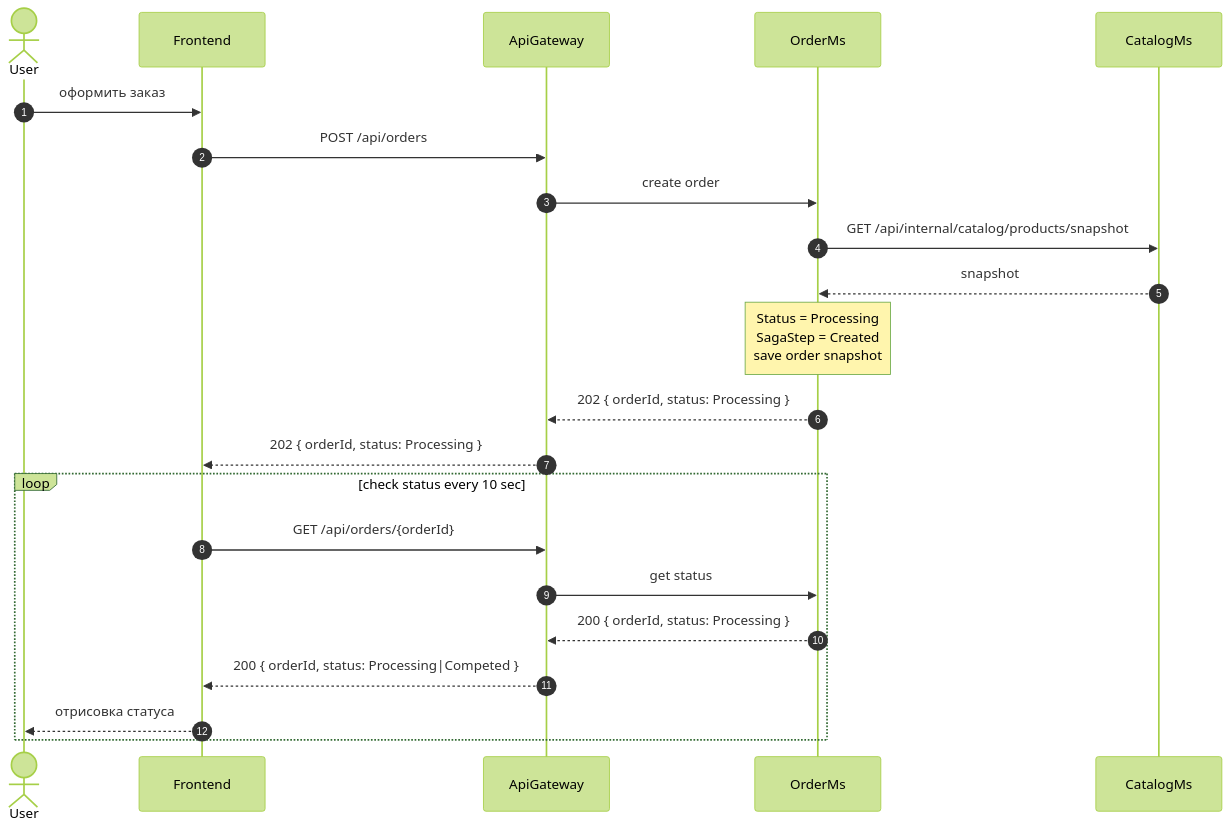
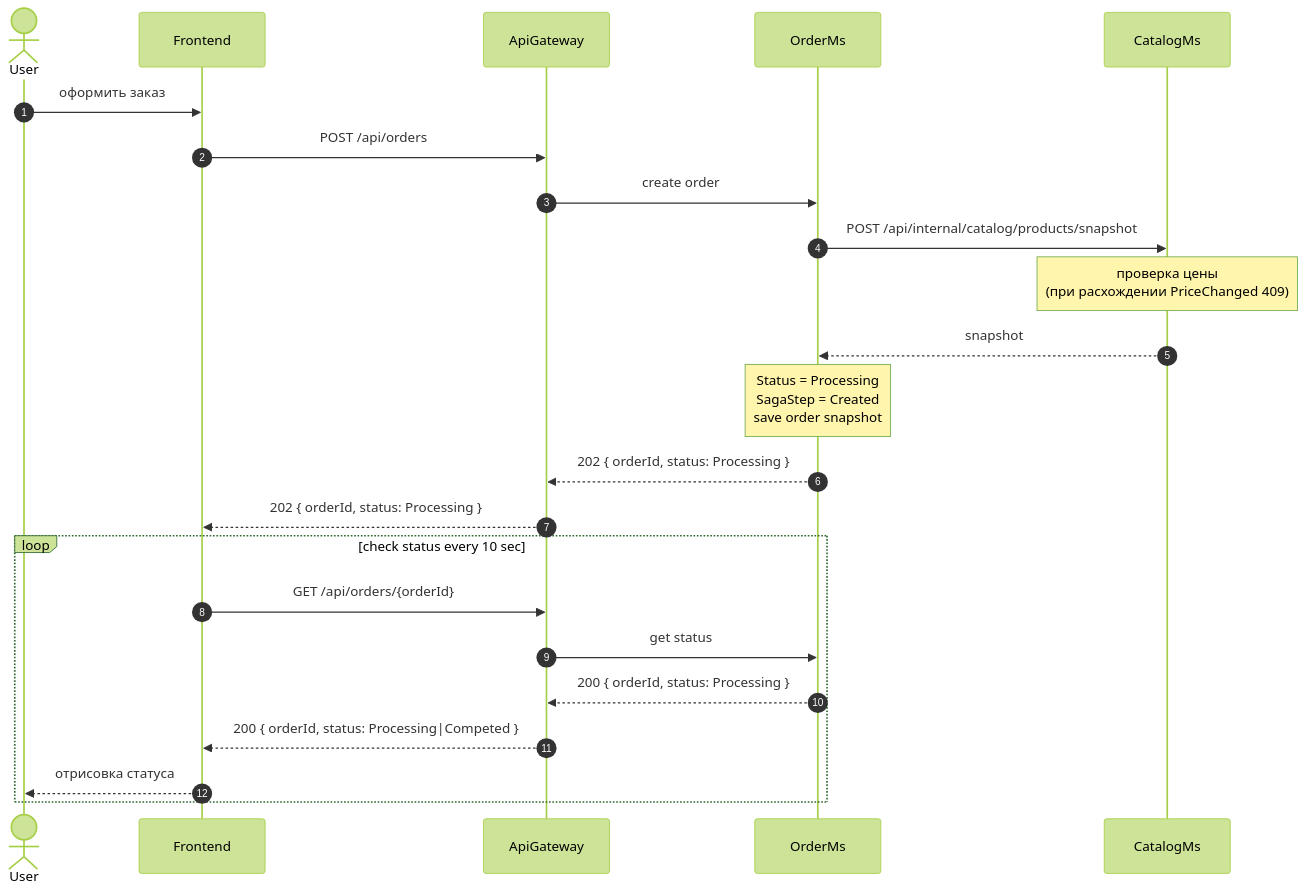
Before and after one commit to 1Mapa1/otus: the first of 2 diagrams in Проектная работа/Архитектура/Sequence/Order Saga Success.md, drawn with Mermaid (forest theme). The commit also changed other lines of this file and 23 other files, not shown here.

````diff
--- a/Проектная работа/Архитектура/Sequence/Order Saga Success.md
+++ b/Проектная работа/Архитектура/Sequence/Order Saga Success.md
@@ -36,28 +34,29 @@
 ```mermaid  
 sequenceDiagram  
 	actor U as User  
 	
 	participant F as Frontend
 	participant G as ApiGateway 
 	participant OM as OrderMs  
 	participant CM as CatalogMs  
 	  
 	autonumber
 	
 	U->>F: оформить заказ
 	F->>G: POST /api/orders
 	G->>OM: create order
-	OM->>CM: GET /api/internal/catalog/products/snapshot
+	OM->>CM: POST /api/internal/catalog/products/snapshot
+	note over CM: проверка цены<br/>(при расхождении PriceChanged 409)
 	CM-->>OM: snapshot
 	note over OM: Status = Processing<br>SagaStep = Created<br> save order snapshot
 	OM-->>G: 202 { orderId, status: Processing }
 	G-->>F: 202 { orderId, status: Processing }
 	
 	loop check status every 10 sec
 		F->>G: GET /api/orders/{orderId}
 		G->>OM: get status
 		OM-->>G: 200 { orderId, status: Processing }
 		G-->>F: 200 { orderId, status: Processing|Competed }
 		F-->>U: отрисовка статуса
 	end
 ```
````
